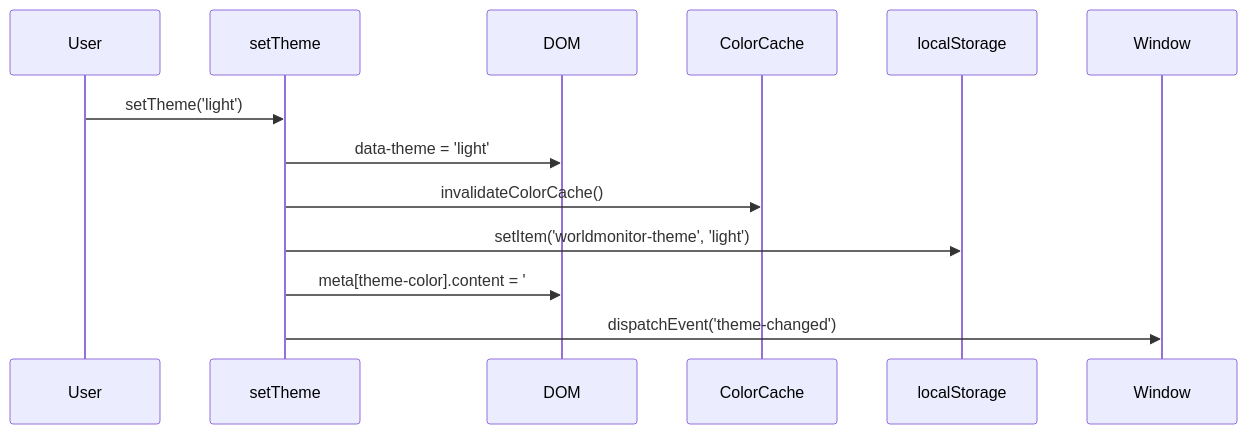
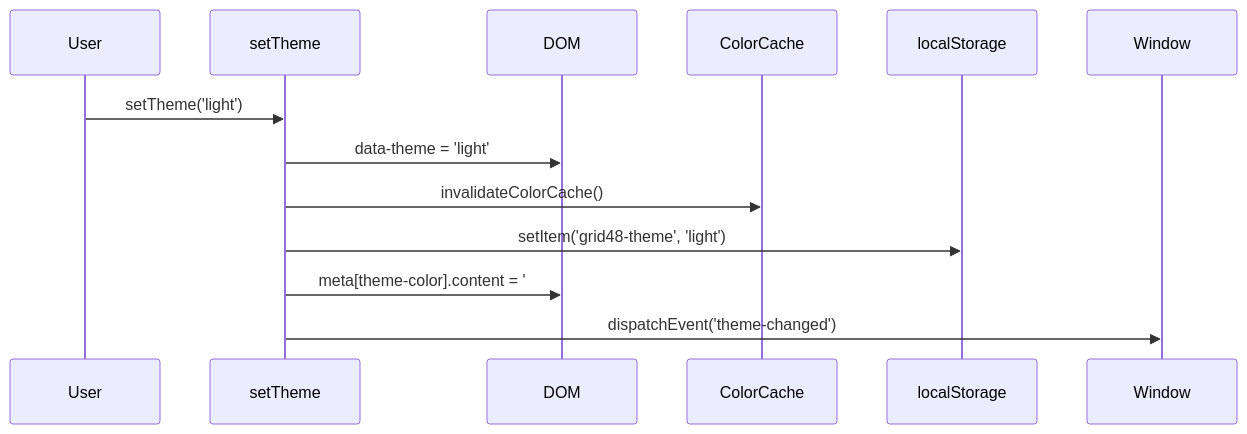
Before and after one commit to Dobrador01/Grid-48: the fourth of 10 diagrams in grid48-main/docs/Docs_To_Review/STATE_MANAGEMENT.md, drawn with Mermaid. The commit also changed other lines of this file and 256 other files, not shown here.

````diff
--- a/grid48-main/docs/Docs_To_Review/STATE_MANAGEMENT.md
+++ b/grid48-main/docs/Docs_To_Review/STATE_MANAGEMENT.md
@@ -291,16 +291,16 @@
 ```mermaid
 sequenceDiagram
     participant User
     participant setTheme
     participant DOM
     participant ColorCache
     participant localStorage
     participant Window
 
     User->>setTheme: setTheme('light')
     setTheme->>DOM: data-theme = 'light'
     setTheme->>ColorCache: invalidateColorCache()
-    setTheme->>localStorage: setItem('worldmonitor-theme', 'light')
+    setTheme->>localStorage: setItem('grid48-theme', 'light')
     setTheme->>DOM: meta[theme-color].content = '#f8f9fa'
     setTheme->>Window: dispatchEvent('theme-changed')
 ```
````
